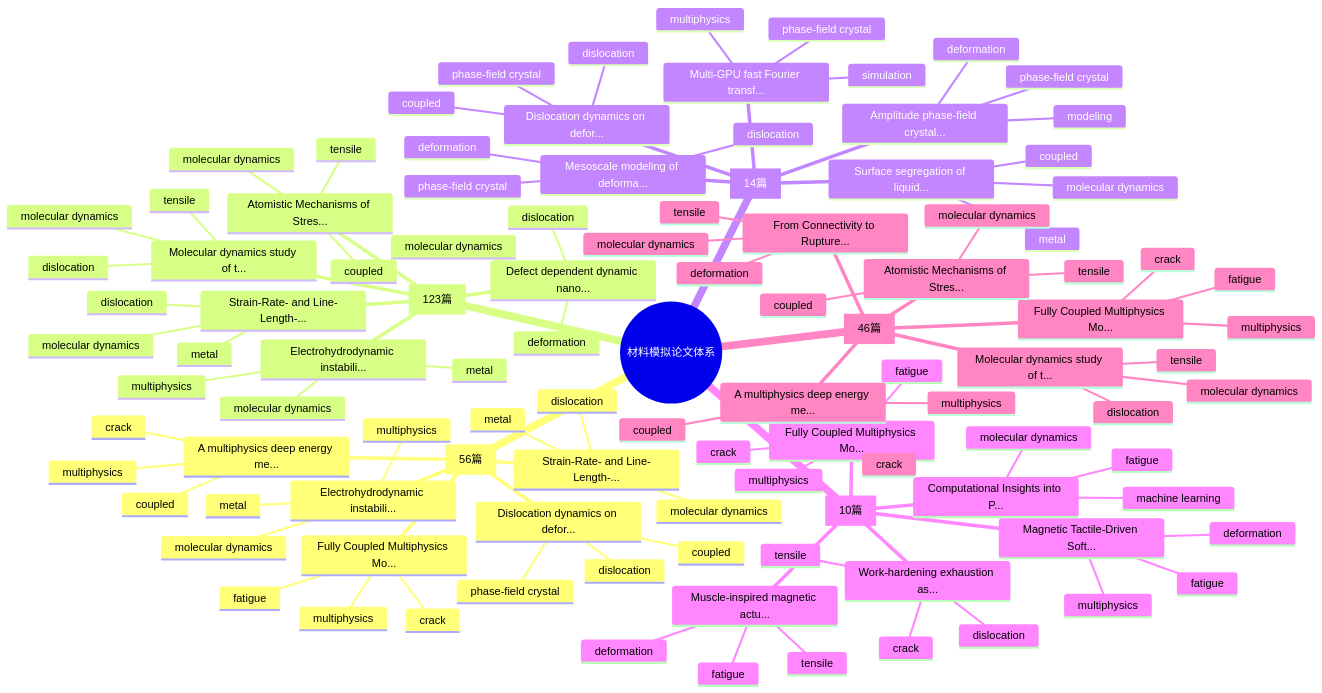
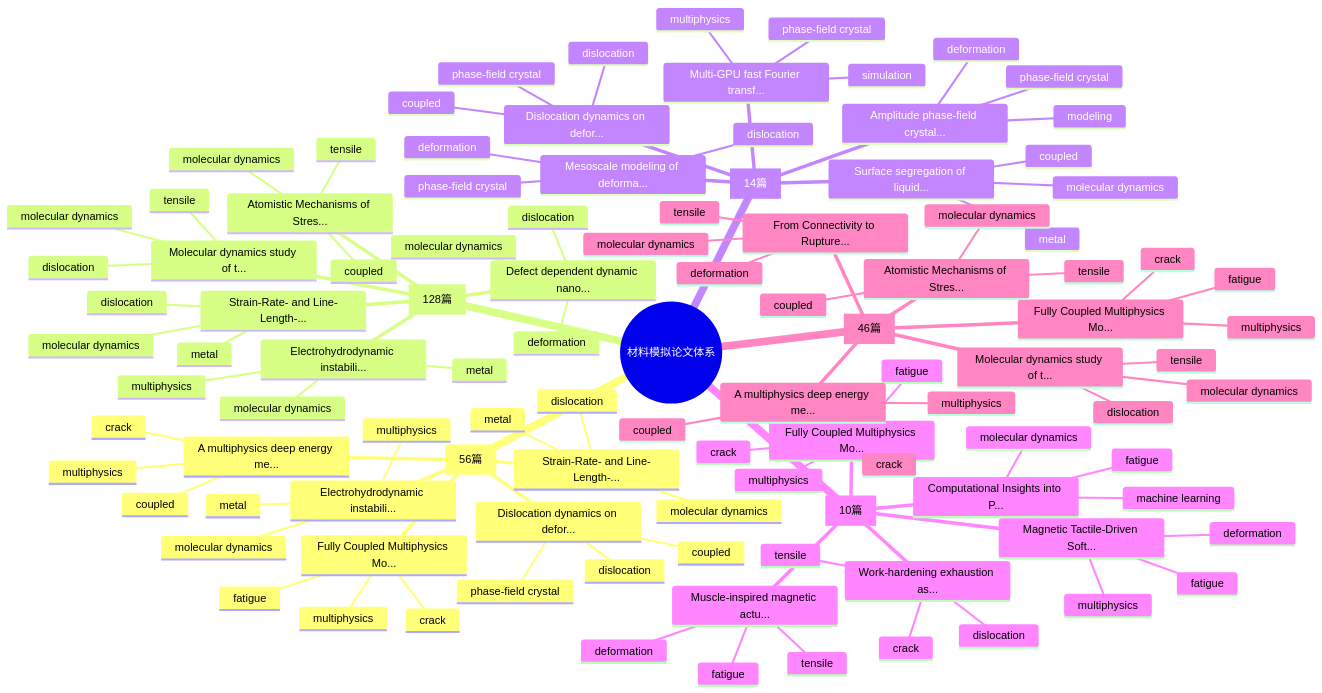
The first of 2 diagrams in README.md (Shirakawa11111/BJK_readpaper), drawn with Mermaid before and after one commit. The commit also changed other lines of this file and 11 other files, not shown here.

```diff
--- a/README.md
+++ b/README.md
@@ -115,7 +115,7 @@
         molecular dynamics
         dislocation
         metal
-    Molecular Dynamics [123篇]
+    Molecular Dynamics [128篇]
       Molecular dynamics study of t...
         molecular dynamics
         dislocation
```
